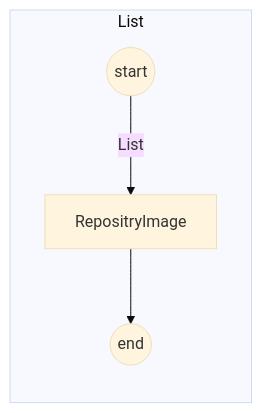
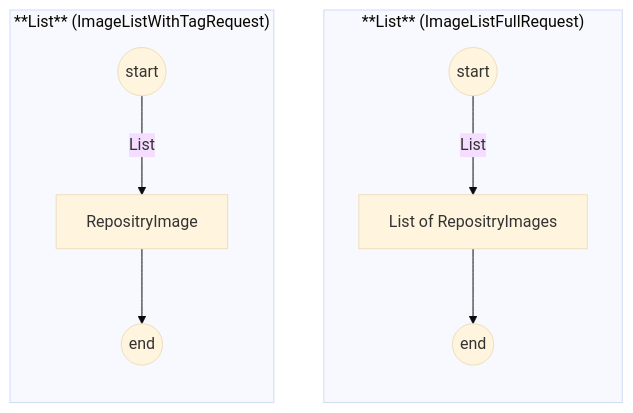
One commit to sdlfly2000/RegistryManager changed the first of 2 diagrams in UML/Application.Service.Image.md. Above: the diagram before and after it, drawn with Mermaid (base theme). The commit also changed other lines of this file, not shown here.

Commit message:
[UML] add application service

````diff
--- a/UML/Application.Service.Image.md
+++ b/UML/Application.Service.Image.md
@@ -3,12 +3,23 @@
 ```mermaid
     graph TB    
-        subgraph List
+        subgraph List["**List** (ImageListFullRequest)"]
             direction TB
             start1((start))
-            Image1[RepositryImage]
+            Image1[List of RepositryImages]
             termination1((end))
 
             %%{relationship}%%
             start1 --"List"--> Image1 --> termination1
         end
+
+        subgraph List2["**List** (ImageListWithTagRequest)"]
+            direction TB
+            start2((start))
+            Image2[RepositryImage]
+            termination2((end))
+
+            %%{relationship}%%
+            start2 --"List"--> Image2 --> termination2
+        end
+
 ```
````
